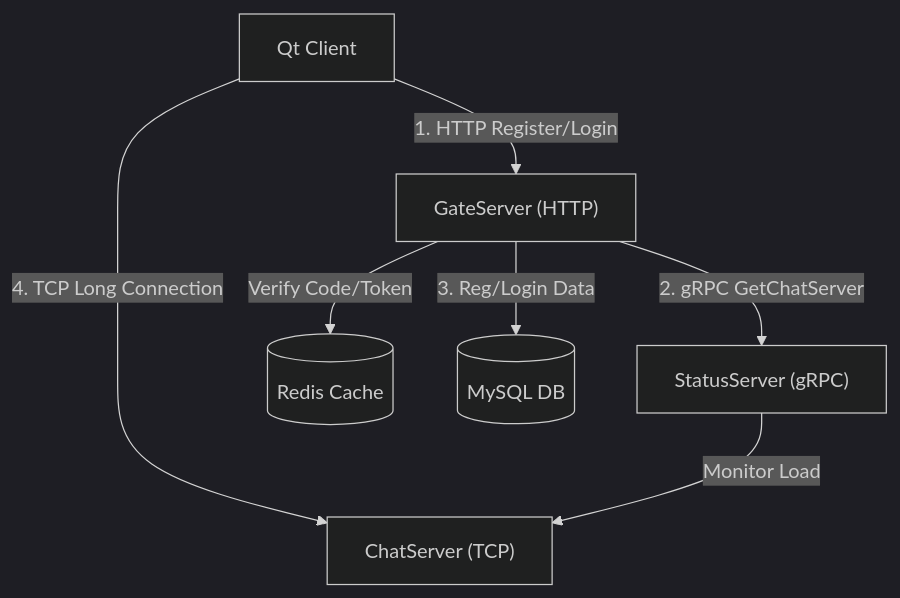
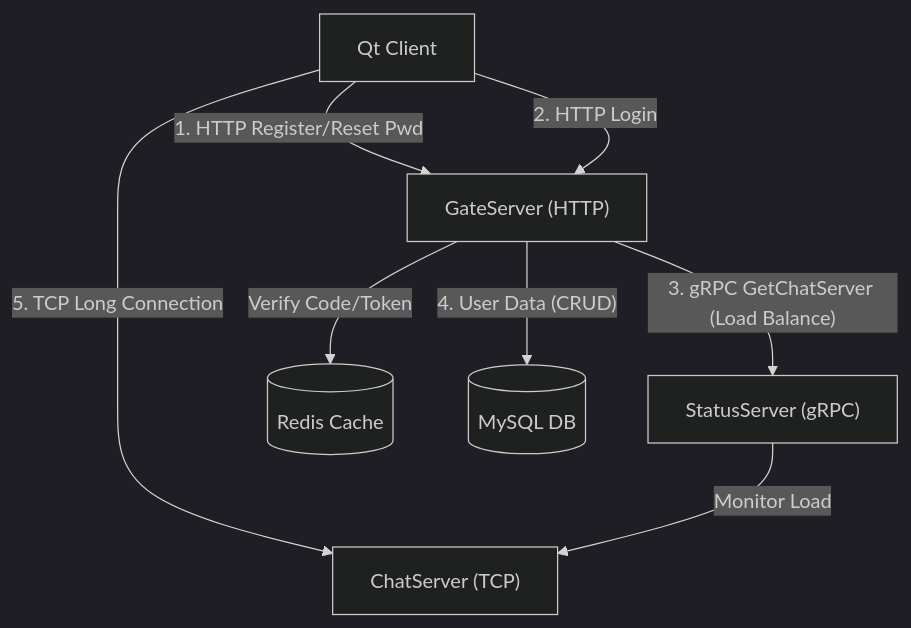
The diagram in README.md (msrnnnnn/msrChat), drawn with Mermaid (dark theme) before and after one commit. The commit also changed other lines of this file, not shown here.

Commit message:
Update README.md based on latest progress (Reset Pwd, Status Service, UI)

````diff
--- a/README.md
+++ b/README.md
@@ -24,16 +29,17 @@
 ```mermaid
 graph TD
     Client["Qt Client"]
     Gate["GateServer (HTTP)"]
     Status["StatusServer (gRPC)"]
     Chat["ChatServer (TCP)"]
     Redis[("Redis Cache")]
     MySQL[("MySQL DB")]
 
-    Client -- "1. HTTP Register/Login" --> Gate
-    Client -- "4. TCP Long Connection" --> Chat
-    Gate -- "2. gRPC GetChatServer" --> Status
-    Gate -- "3. Reg/Login Data" --> MySQL
+    Client -- "1. HTTP Register/Reset Pwd" --> Gate
+    Client -- "2. HTTP Login" --> Gate
+    Client -- "5. TCP Long Connection" --> Chat
+    Gate -- "3. gRPC GetChatServer (Load Balance)" --> Status
+    Gate -- "4. User Data (CRUD)" --> MySQL
     Gate -- "Verify Code/Token" --> Redis
     Status -- "Monitor Load" --> Chat
 ```
````
